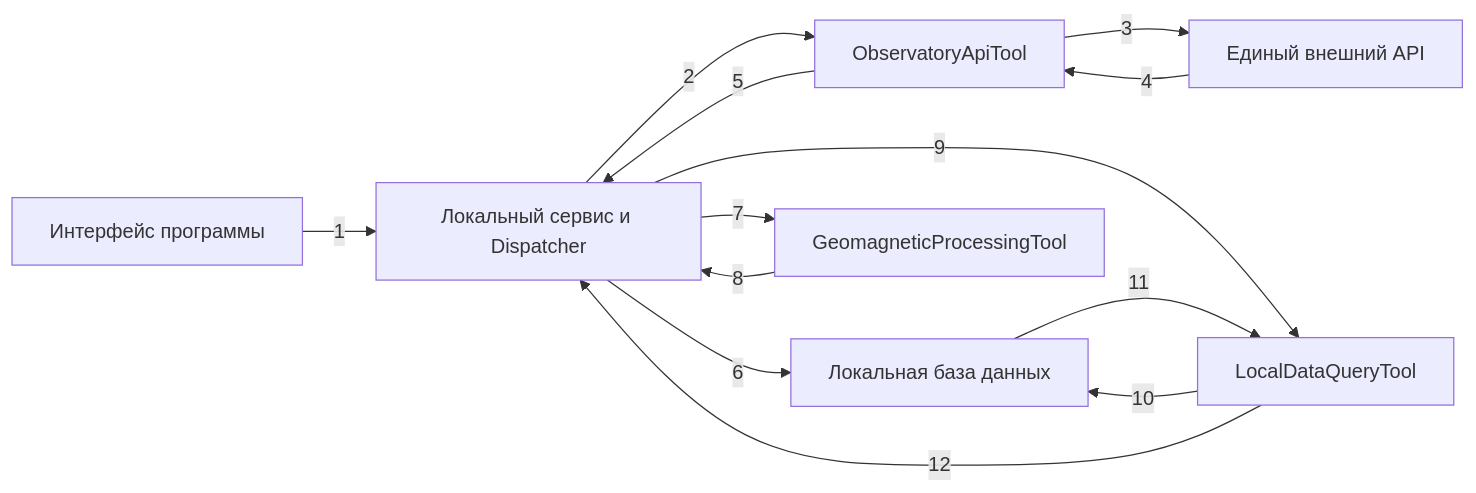
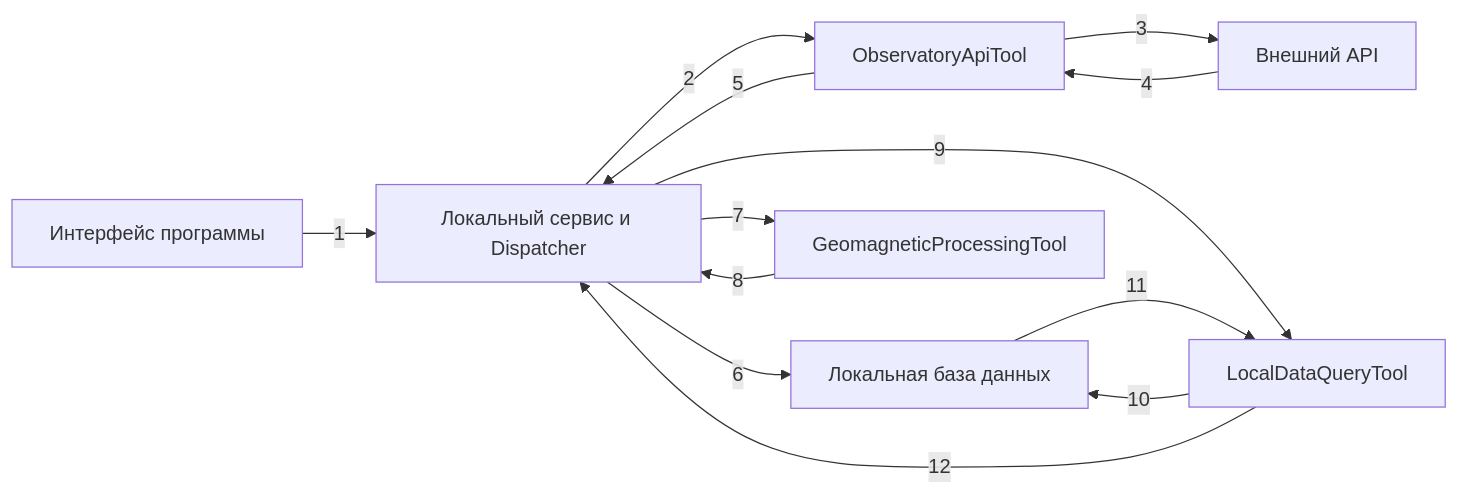
Before and after one commit to NaVi-4oK/team-amd: the second of 3 diagrams in docs/architecture.md, drawn with Mermaid.

````diff
--- a/docs/architecture.md
+++ b/docs/architecture.md
@@ -30,15 +30,15 @@
 ```mermaid
 flowchart LR
     ui[Интерфейс программы] -->|1| app[Локальный сервис и Dispatcher]
     app -->|2| import[ObservatoryApiTool]
-    import -->|3| external[Единый внешний API]
+    import -->|3| external[Внешний API]
     external -->|4| import
     import -->|5| app
     app -->|6| db[Локальная база данных]
     app -->|7| process[GeomagneticProcessingTool]
     process -->|8| app
     app -->|9| query[LocalDataQueryTool]
     query -->|10| db
     db -->|11| query
     query -->|12| app
 ```
````
